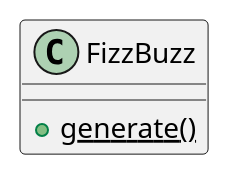
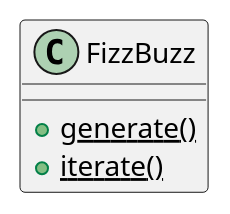
Before and after one commit to hiroshima-arc/aws_sam_python_hands-on: the second of 3 diagrams in docs/src/fizz_buzz.adoc, drawn with PlantUML. The commit also changed other lines of this file and 10 other files, not shown here.

```diff
--- a/docs/src/fizz_buzz.adoc
+++ b/docs/src/fizz_buzz.adoc
@@ -33,6 +34,7 @@
 [plantuml]
 ----
 class FizzBuzz {
 +{static} generate()
++{static} iterate()
 }
 ----
```
